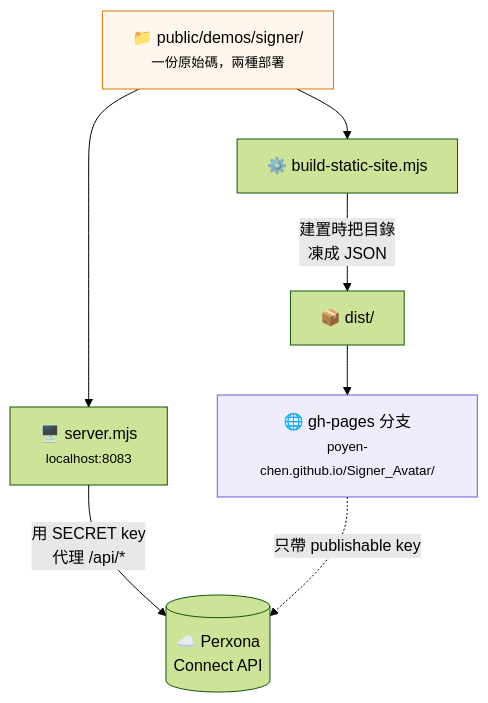
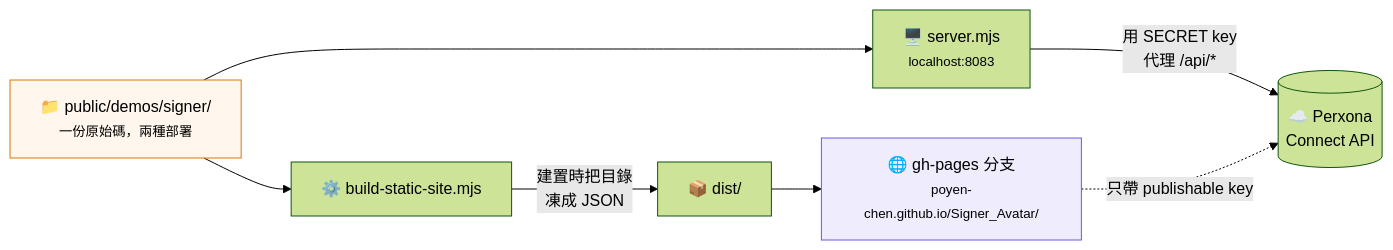
Before and after one commit to Poyen-Chen/Signer_Avatar: the first of 2 diagrams in README.zh-TW.md, drawn with Mermaid (forest theme). The commit also changed 1 other file, not shown here.

Commit message:
README: keep the deployment diagram left-to-right
Top-down made mermaid fail to route the dotted GHP → API edge ("Could not
find a suitable point for the given distance"), and one failed diagram takes
the rest of the page's diagrams down with it. Left-to-right renders; it is
wide, but GitHub gives the reader pan and zoom.

Claude-Session: https://claude.ai/code/session_011dZUZWyYCcvETCNvCcmZQv

````diff
--- a/README.zh-TW.md
+++ b/README.zh-TW.md
@@ -139,15 +139,15 @@
 ```mermaid
-flowchart TD
+flowchart LR
     SRC["📁 public/demos/signer/<br/><small>一份原始碼，兩種部署</small>"]
 
     SRC --> DEV["🖥️ server.mjs<br/><small>localhost:8083</small>"]
     SRC --> BUILD["⚙️ build-static-site.mjs"]
 
     DEV -->|"用 SECRET key<br/>代理 /api/*"| API[("☁️ Perxona<br/>Connect API")]
     BUILD -->|"建置時把目錄<br/>凍成 JSON"| DIST["📦 dist/"]
     DIST --> GHP["🌐 gh-pages 分支<br/><small>poyen-chen.github.io/Signer_Avatar/</small>"]
     GHP -.->|"只帶 publishable key"| API
 
     style GHP fill:#efedfd,stroke:#6a5ae0
     style SRC fill:#fff7ed,stroke:#d97706
 ```
````
